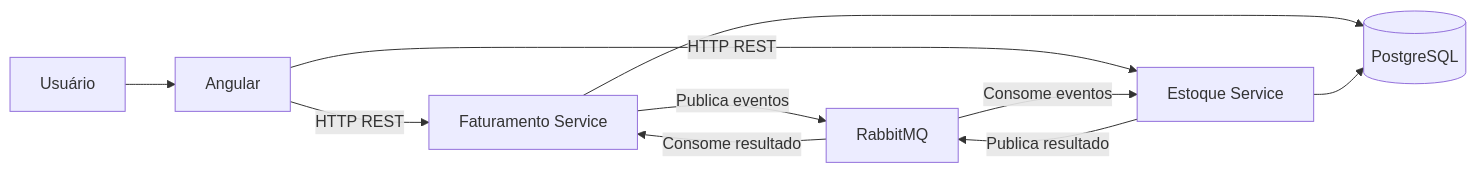
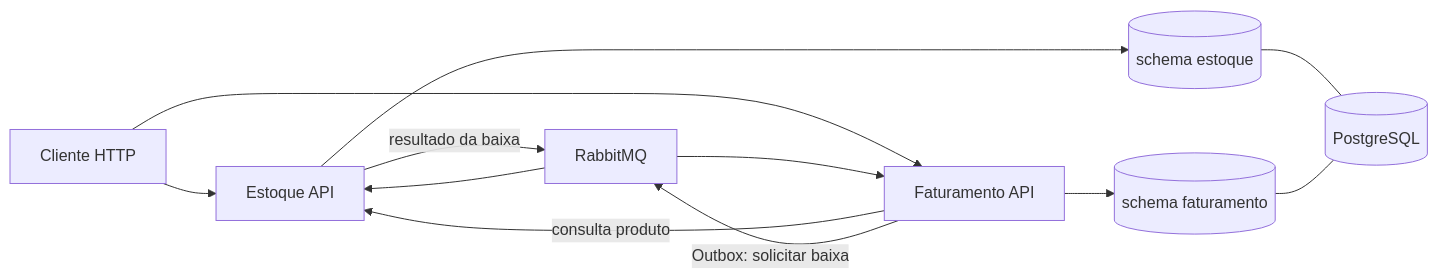
Before and after one commit to CayoHenri/Korp_Teste_CaioHenrique: the first of 3 diagrams in docs/README_ARQUITETURA.md, drawn with Mermaid. The commit also changed other lines of this file and 9 other files, not shown here.

````diff
--- a/docs/README_ARQUITETURA.md
+++ b/docs/README_ARQUITETURA.md
@@ -50,16 +13,14 @@
 ```mermaid
 flowchart LR
-    U[Usuário] --> A[Angular]
-
-    A -->|HTTP REST| F[Faturamento Service]
-    A -->|HTTP REST| E[Estoque Service]
-
-    F -->|Publica eventos| R[RabbitMQ]
-    R -->|Consome eventos| E
-
-    E -->|Publica resultado| R
-    R -->|Consome resultado| F
-
-    F --> P[(PostgreSQL)]
-    E --> P
+    UI[Cliente HTTP] --> EST[Estoque API]
+    UI --> FAT[Faturamento API]
+    FAT -->|consulta produto| EST
+    FAT -->|Outbox: solicitar baixa| MQ[RabbitMQ]
+    MQ --> EST
+    EST -->|resultado da baixa| MQ
+    MQ --> FAT
+    EST --> SE[(schema estoque)]
+    FAT --> SF[(schema faturamento)]
+    SE --- PG[(PostgreSQL)]
+    SF --- PG
 ```
````
